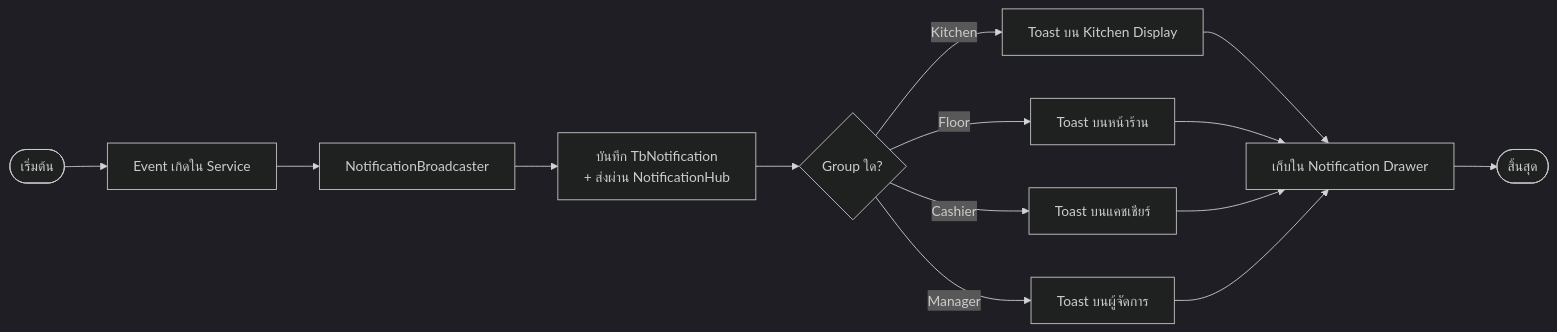
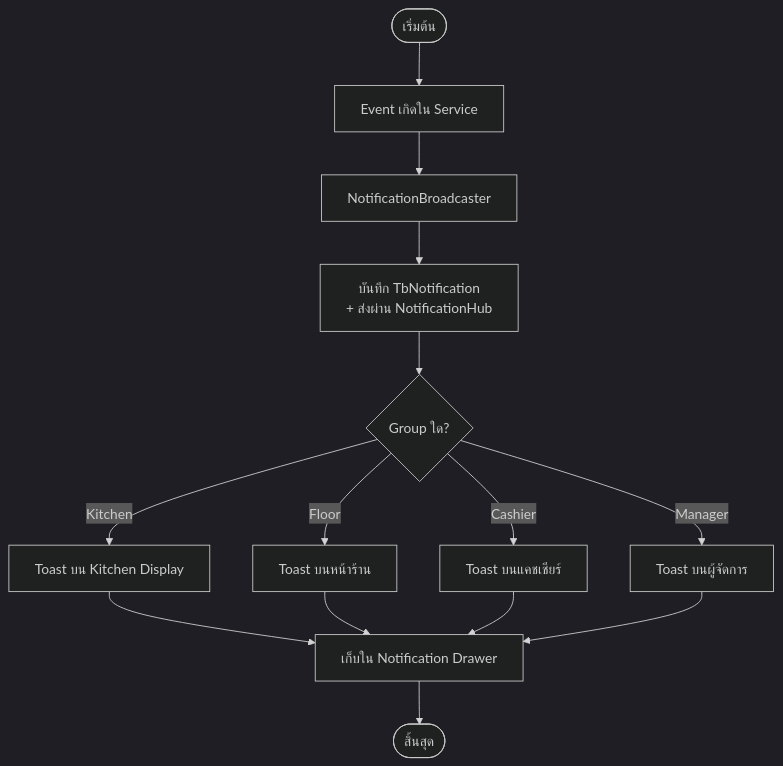
Before and after one commit to TurkPhakim/RBMS-POS-Website: diagram 27 of 27 in doc/report/05-chapter-3-design.md, drawn with Mermaid (dark theme). The commit also changed other lines of this file and 5 other files, not shown here.

````diff
--- a/doc/report/05-chapter-3-design.md
+++ b/doc/report/05-chapter-3-design.md
@@ -943,16 +941,16 @@
 ```mermaid
-flowchart LR
+flowchart TD
     Start([เริ่มต้น]) --> A[Event เกิดใน Service]
     A --> B[NotificationBroadcaster]
     B --> C[บันทึก TbNotification<br/>+ ส่งผ่าน NotificationHub]
     C --> D{Group ใด?}
     D -- Kitchen --> E[Toast บน Kitchen Display]
     D -- Floor --> F[Toast บนหน้าร้าน]
     D -- Cashier --> G[Toast บนแคชเชียร์]
     D -- Manager --> H[Toast บนผู้จัดการ]
     E --> I[เก็บใน Notification Drawer]
     F --> I
     G --> I
     H --> I
     I --> End([สิ้นสุด])
 ```
````
